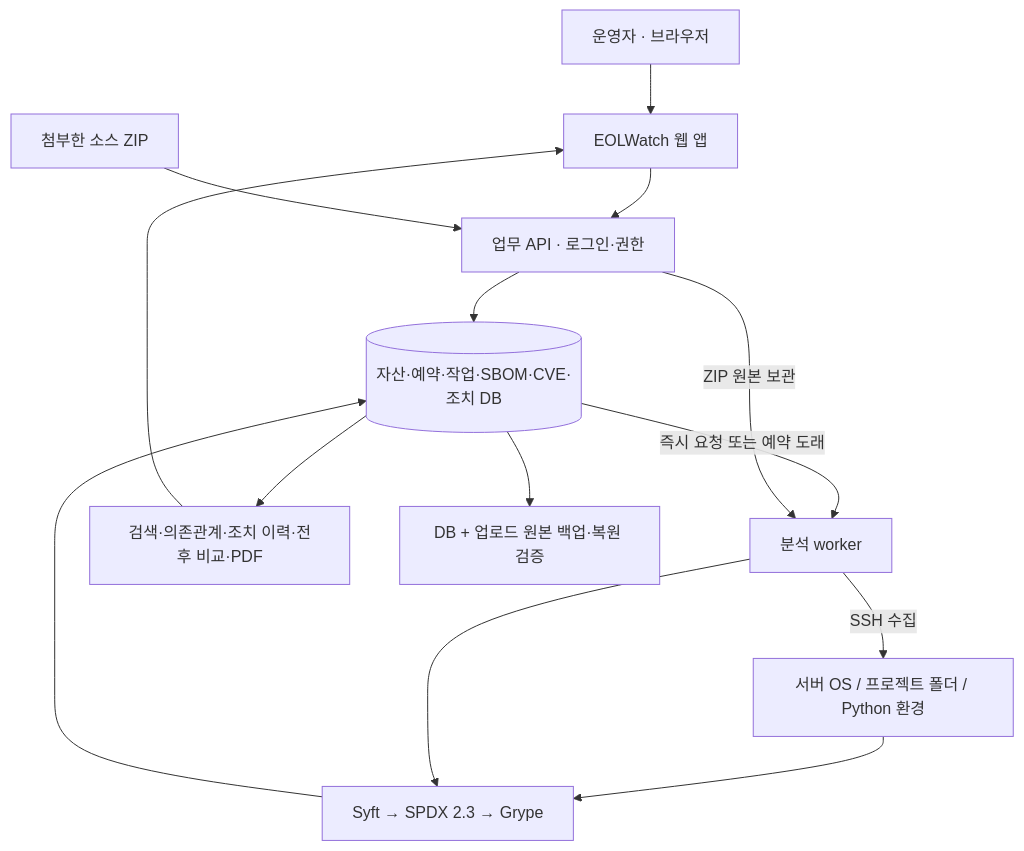
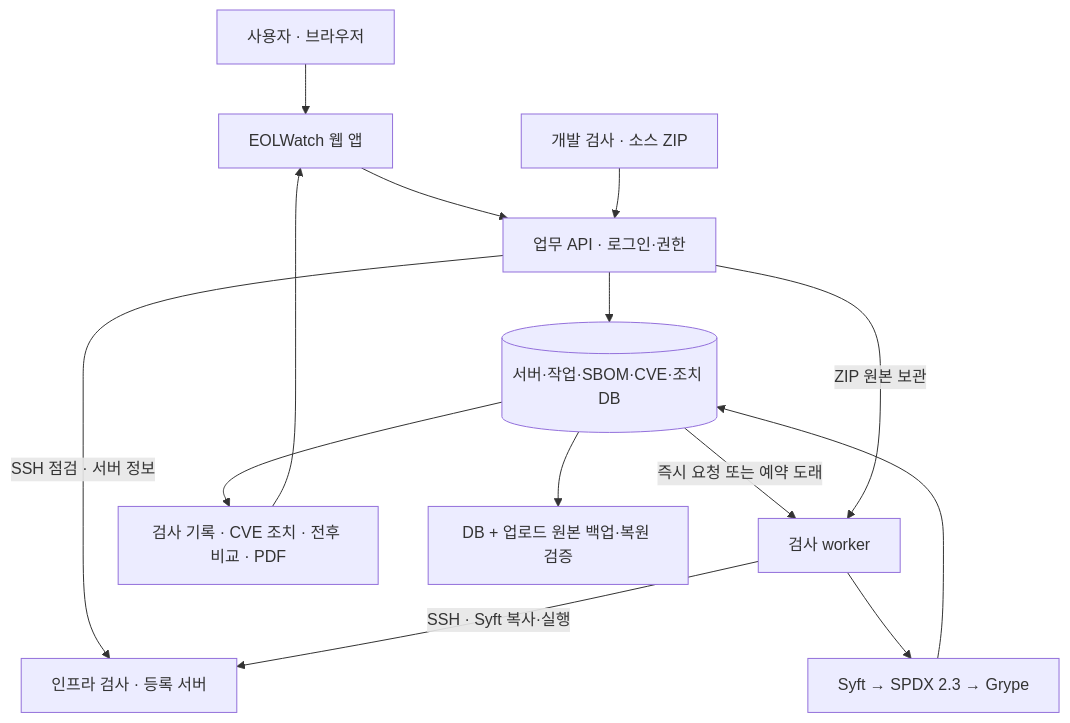
One commit to adieud99/eolwatch changed the diagram in docs/PROFESSOR_PROJECT_GUIDE.md. Above: the diagram before and after it, drawn with Mermaid. The commit also changed other lines of this file and 26 other files, not shown here.

````diff
--- a/docs/PROFESSOR_PROJECT_GUIDE.md
+++ b/docs/PROFESSOR_PROJECT_GUIDE.md
@@ -13,22 +19,22 @@
 ```mermaid
 flowchart TB
-    User[운영자 · 브라우저]
+    User[사용자 · 브라우저]
     Web[EOLWatch 웹 앱]
     API[업무 API · 로그인·권한]
-    DB[(자산·예약·작업·SBOM·CVE·조치 DB)]
-    Worker[분석 worker]
-    Server[서버 OS / 프로젝트 폴더 / Python 환경]
-    ZIP[첨부한 소스 ZIP]
+    DB[(서버·작업·SBOM·CVE·조치 DB)]
+    Worker[검사 worker]
+    ZIP[개발 검사 · 소스 ZIP]
+    Server[인프라 검사 · 등록 서버]
     Tools[Syft → SPDX 2.3 → Grype]
-    Result[검색·의존관계·조치 이력·전후 비교·PDF]
+    Result[검사 기록 · CVE 조치 · 전후 비교 · PDF]
     Backup[DB + 업로드 원본 백업·복원 검증]
     User --> Web --> API --> DB
     ZIP --> API
+    API -->|SSH 점검 · 서버 정보| Server
     DB -->|즉시 요청 또는 예약 도래| Worker
-    Worker -->|SSH 수집| Server
+    Worker -->|SSH · Syft 복사·실행| Server
     API -->|ZIP 원본 보관| Worker
-    Server --> Tools
     Worker --> Tools --> DB
     DB --> Result --> Web
     DB --> Backup
 ```
````
